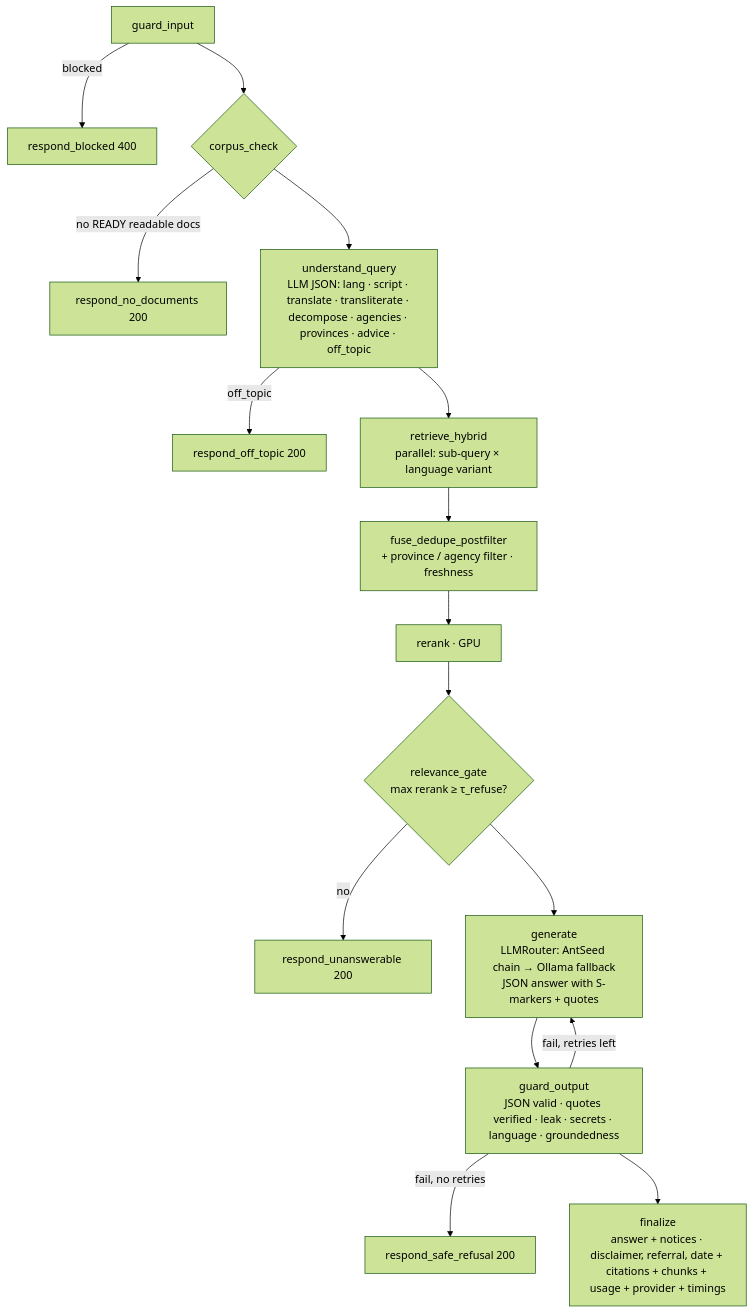
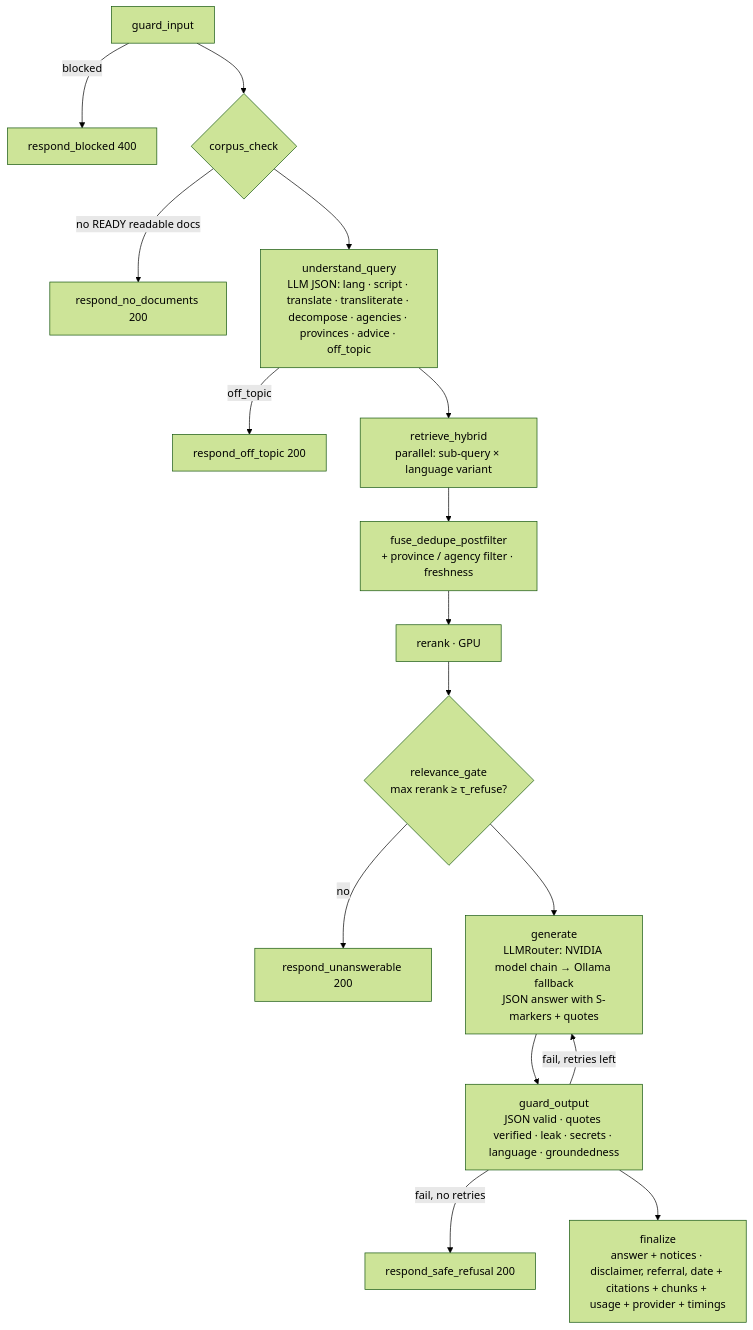
One commit to SarmadRazaq/pakistan-citizen-services-rag changed the third of 4 diagrams in PROJECT_BLUEPRINT.md. Above: the diagram before and after it, drawn with Mermaid (forest theme). The commit also changed other lines of this file and 21 other files, not shown here.

````diff
--- a/PROJECT_BLUEPRINT.md
+++ b/PROJECT_BLUEPRINT.md
@@ -624,18 +628,18 @@
 ```mermaid
 flowchart TD
   A[guard_input] -->|blocked| Z1[respond_blocked 400]
   A --> B{corpus_check}
   B -->|no READY readable docs| Z2[respond_no_documents 200]
   B --> C[understand_query<br/>LLM JSON: lang · script · translate · transliterate · decompose · agencies · provinces · advice · off_topic]
   C -->|off_topic| Z3[respond_off_topic 200]
   C --> D[retrieve_hybrid<br/>parallel: sub-query × language variant]
   D --> E[fuse_dedupe_postfilter<br/>+ province / agency filter · freshness]
   E --> F[rerank · GPU]
   F --> G{relevance_gate<br/>max rerank ≥ τ_refuse?}
   G -->|no| Z4[respond_unanswerable 200]
-  G --> H[generate<br/>LLMRouter: AntSeed chain → Ollama fallback<br/>JSON answer with S-markers + quotes]
+  G --> H[generate<br/>LLMRouter: NVIDIA model chain → Ollama fallback<br/>JSON answer with S-markers + quotes]
   H --> I[guard_output<br/>JSON valid · quotes verified · leak · secrets · language · groundedness]
   I -->|fail, retries left| H
   I -->|fail, no retries| Z5[respond_safe_refusal 200]
   I --> J[finalize<br/>answer + notices · disclaimer, referral, date + citations + chunks + usage + provider + timings]
 ```
````
